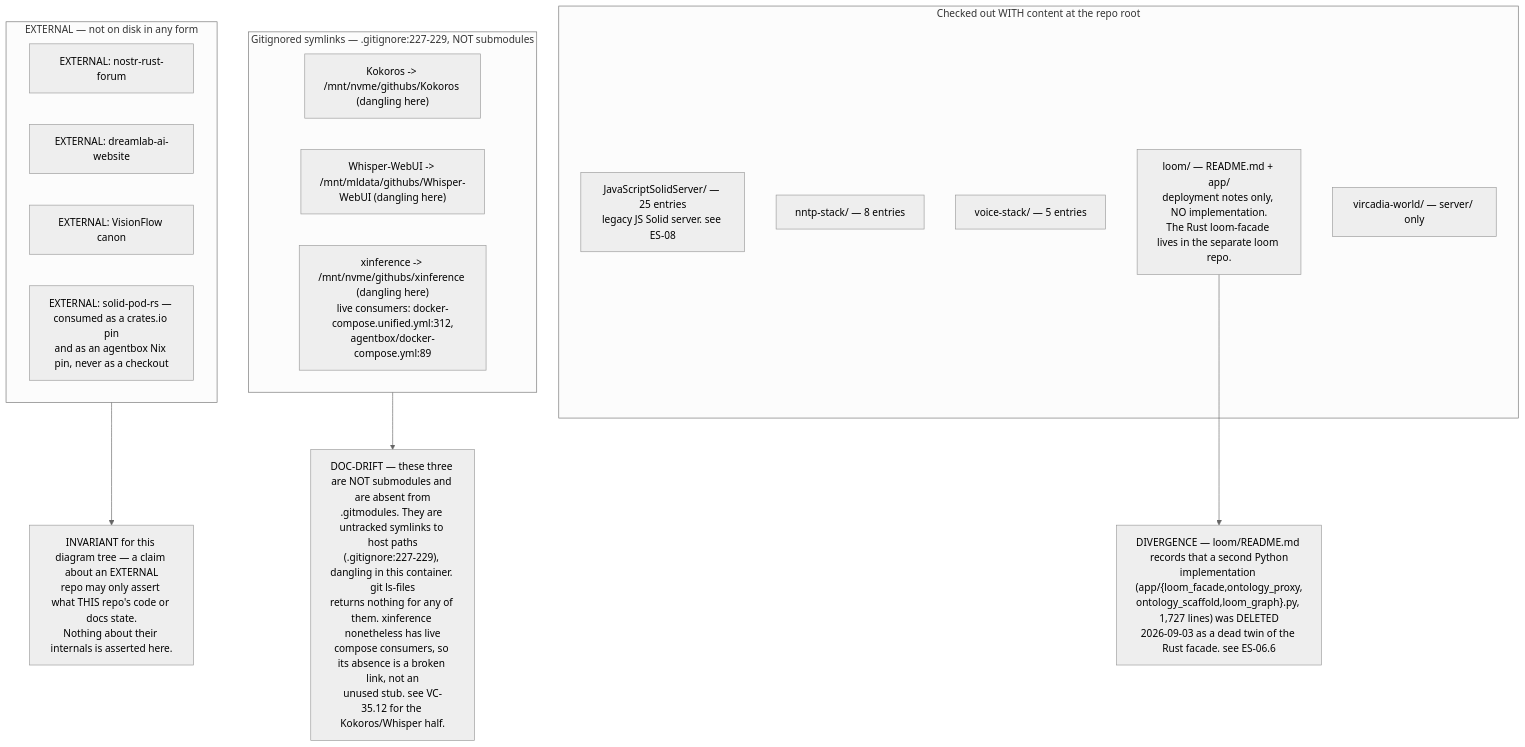
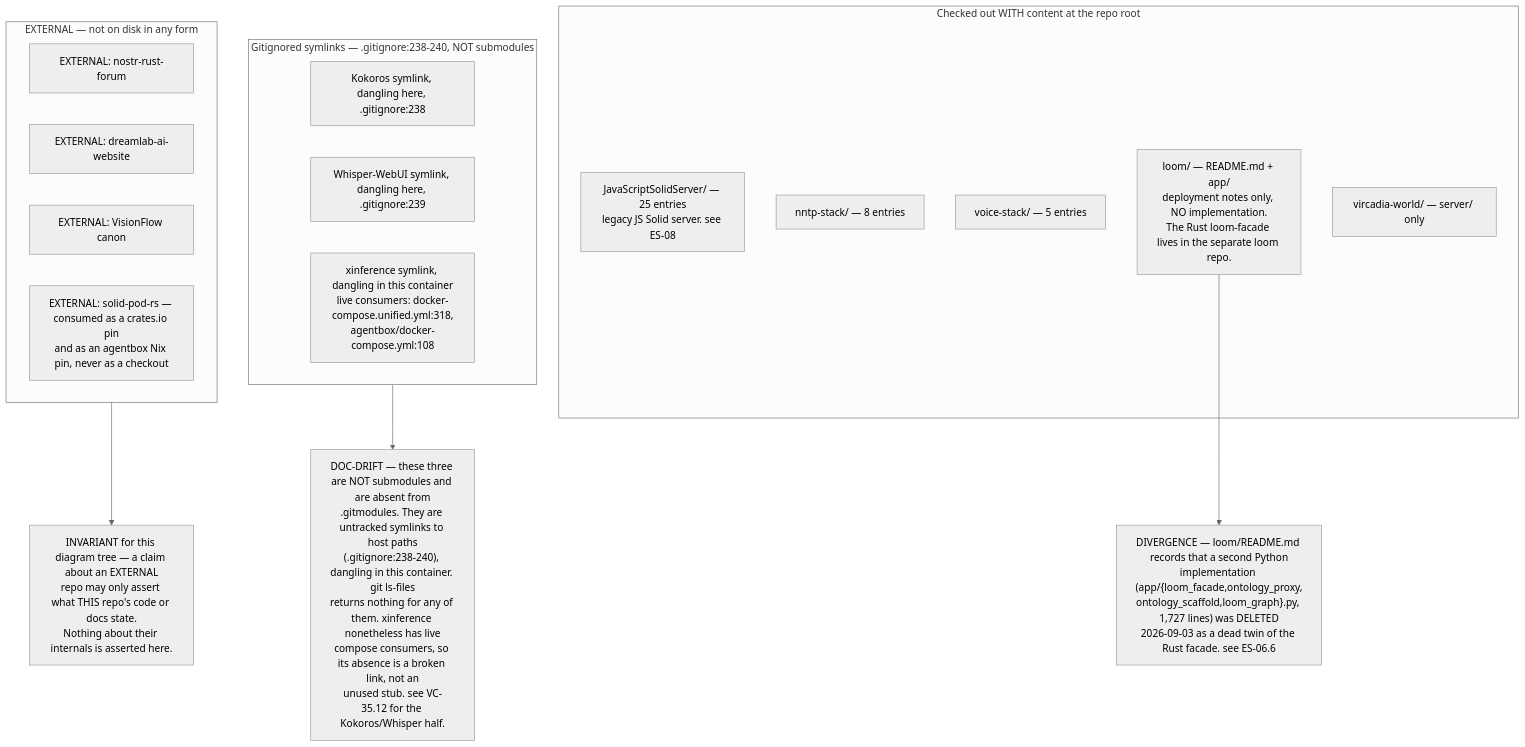
Before and after one commit to DreamLab-AI/VisionFlow: the sixth of 8 diagrams in docs/diagrams/estate/01-estate-topology.md, drawn with Mermaid (neutral theme). The commit also changed other lines of this file and 12 other files, not shown here.

````diff
--- a/docs/diagrams/estate/01-estate-topology.md
+++ b/docs/diagrams/estate/01-estate-topology.md
@@ -227,29 +239,29 @@
 ```mermaid
 flowchart TB
     subgraph real["Checked out WITH content at the repo root"]
         R1["JavaScriptSolidServer/ — 25 entries<br/>legacy JS Solid server. see ES-08"]
         R2["nntp-stack/ — 8 entries"]
         R3["voice-stack/ — 5 entries"]
         R4["loom/ — README.md + app/<br/>deployment notes only, NO implementation.<br/>The Rust loom-facade lives in the separate loom repo."]
         R5["vircadia-world/ — server/ only"]
     end
-    subgraph stub["Gitignored symlinks — .gitignore:227-229, NOT submodules"]
-        S1["Kokoros -> /mnt/nvme/githubs/Kokoros (dangling here)"]
-        S2["Whisper-WebUI -> /mnt/mldata/githubs/Whisper-WebUI (dangling here)"]
-        S3["xinference -> /mnt/nvme/githubs/xinference (dangling here)<br/>live consumers: docker-compose.unified.yml:312,<br/>agentbox/docker-compose.yml:89"]
+    subgraph stub["Gitignored symlinks — .gitignore:238-240, NOT submodules"]
+        S1["Kokoros symlink, dangling here, .gitignore:238"]
+        S2["Whisper-WebUI symlink, dangling here, .gitignore:239"]
+        S3["xinference symlink, dangling in this container<br/>live consumers: docker-compose.unified.yml:318,<br/>agentbox/docker-compose.yml:108"]
     end
     subgraph ext["EXTERNAL — not on disk in any form"]
         E1["EXTERNAL: nostr-rust-forum"]
         E2["EXTERNAL: dreamlab-ai-website"]
         E3["EXTERNAL: VisionFlow canon"]
         E4["EXTERNAL: solid-pod-rs — consumed as a crates.io pin<br/>and as an agentbox Nix pin, never as a checkout"]
     end
 
     WARN["INVARIANT for this diagram tree — a claim about an EXTERNAL<br/>repo may only assert what THIS repo's code or docs state.<br/>Nothing about their internals is asserted here."]
-    D1["DOC-DRIFT — these three are NOT submodules and are absent from<br/>.gitmodules. They are untracked symlinks to host paths<br/>(.gitignore:227-229), dangling in this container. git ls-files<br/>returns nothing for any of them. xinference nonetheless has live<br/>compose consumers, so its absence is a broken link, not an<br/>unused stub. see VC-35.12 for the Kokoros/Whisper half."]
+    D1["DOC-DRIFT — these three are NOT submodules and are absent from<br/>.gitmodules. They are untracked symlinks to host paths<br/>(.gitignore:238-240), dangling in this container. git ls-files<br/>returns nothing for any of them. xinference nonetheless has live<br/>compose consumers, so its absence is a broken link, not an<br/>unused stub. see VC-35.12 for the Kokoros/Whisper half."]
     D2["DIVERGENCE — loom/README.md records that a second Python<br/>implementation (app/{loom_facade,ontology_proxy,<br/>ontology_scaffold,loom_graph}.py, 1,727 lines) was DELETED<br/>2026-09-03 as a dead twin of the Rust facade. see ES-06.6"]
 
     stub --> D1
     R4 --> D2
     ext --> WARN
 ```
````
